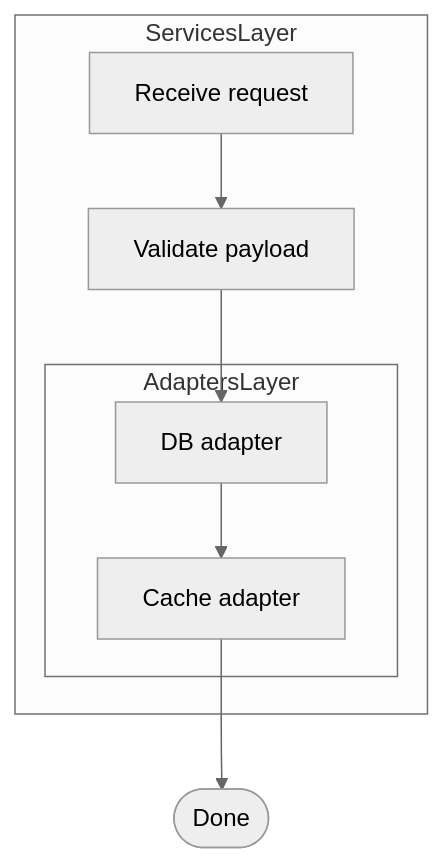
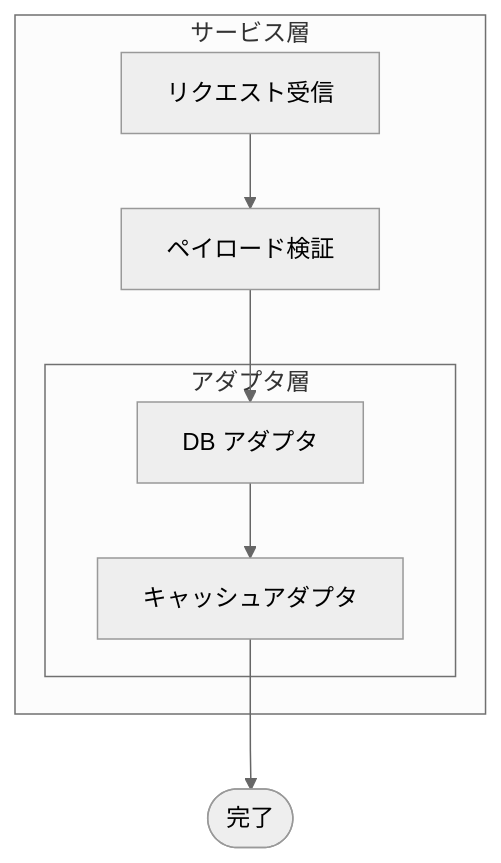
Before and after one commit to kohdice/mp-rs: diagram 14 of 29 in examples/EXAMPLE_ja.md, drawn with Mermaid (neutral theme). The commit also changed other lines of this file and 1 other file, not shown here.

````diff
--- a/examples/EXAMPLE_ja.md
+++ b/examples/EXAMPLE_ja.md
@@ -231,11 +359,11 @@
 ```mermaid
 flowchart TD
-    subgraph services [ServicesLayer]
-        Svc1[Receive request] --> Svc2[Validate payload]
-        subgraph adapters [AdaptersLayer]
-            A1[DB adapter] --> A2[Cache adapter]
+    subgraph services [サービス層]
+        Svc1[リクエスト受信] --> Svc2[ペイロード検証]
+        subgraph adapters [アダプタ層]
+            A1[DB アダプタ] --> A2[キャッシュアダプタ]
         end
         Svc2 --> A1
     end
-    A2 --> Out([Done])
+    A2 --> Out([完了])
 ```
````
